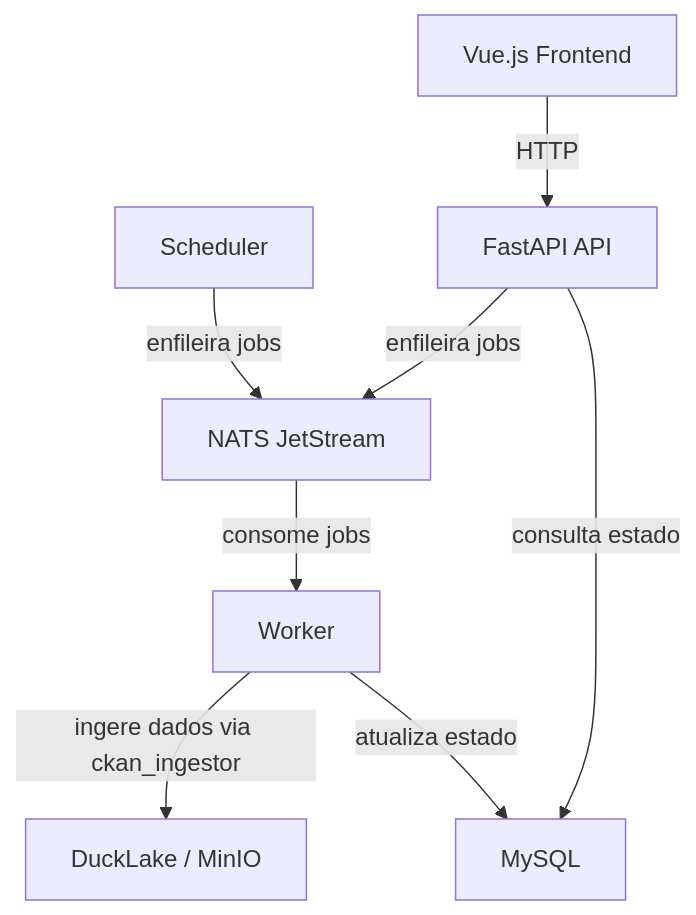
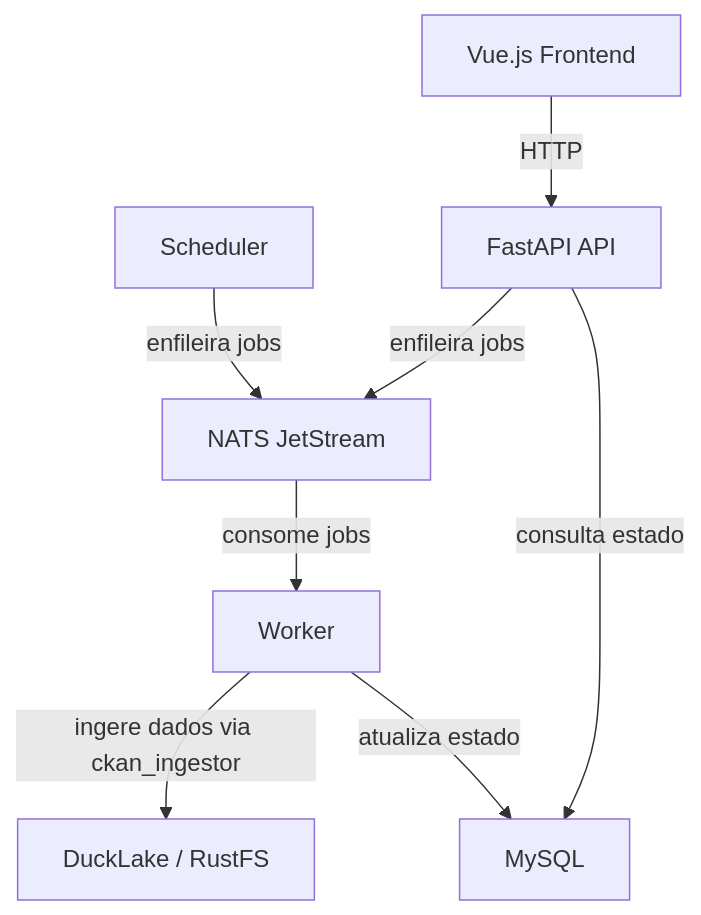
One commit to DadosAbertosBH/ckan-ingestor changed the diagram in ingestor_orchestrator/README.md. Above: the diagram before and after it, drawn with Mermaid. The commit also changed 16 other files, not shown here.

Commit message:
Replace MinIO with RustFS and run integration tests

````diff
--- a/ingestor_orchestrator/README.md
+++ b/ingestor_orchestrator/README.md
@@ -7,10 +7,10 @@
 ```mermaid
 graph TD
     A[Vue.js Frontend]:::accent0 -->|HTTP| B[FastAPI API]:::accent1
     C[Scheduler]:::accent2 -->|enfileira jobs| D[NATS JetStream]:::accent3
     B -->|enfileira jobs| D
     D -->|consome jobs| E[Worker]:::accent4
-    E -->|ingere dados via ckan_ingestor| F[DuckLake / MinIO]:::accent5
+    E -->|ingere dados via ckan_ingestor| F[DuckLake / RustFS]:::accent5
     E -->|atualiza estado| G[MySQL]:::accent6
     B -->|consulta estado| G
 ```
````
